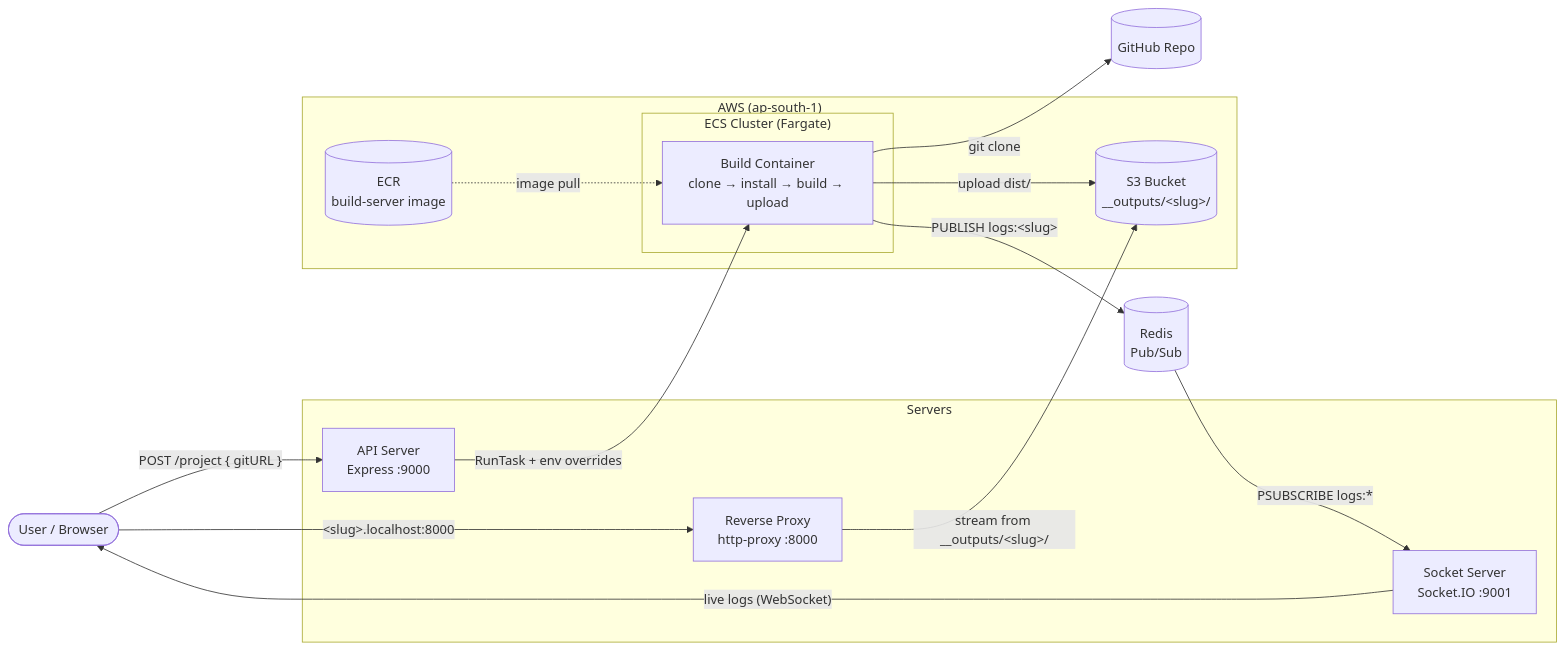
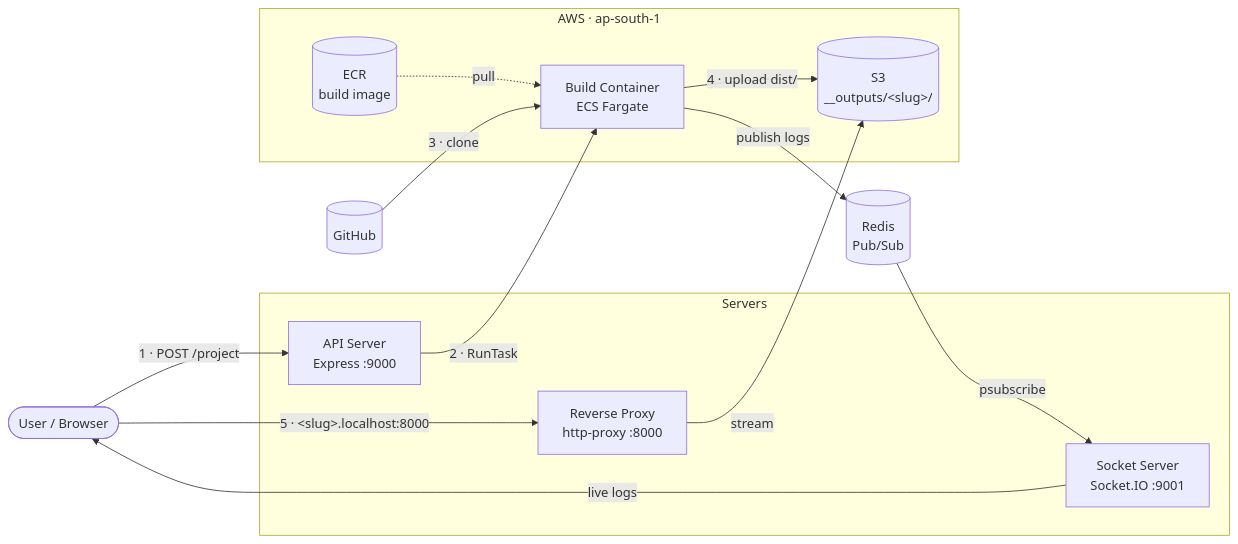
The first of 2 diagrams in README.md (hrshagarwal/PodShip), drawn with Mermaid before and after one commit. The commit also changed other lines of this file, not shown here.

Commit message:
Simplify README architecture diagram layout

````diff
--- a/README.md
+++ b/README.md
@@ -7,32 +7,30 @@
 ```mermaid
 flowchart LR
-    User([User / Browser])
+    User(["User / Browser"])
 
-    subgraph Local["Servers"]
+    subgraph Servers["Servers"]
         API["API Server<br/>Express :9000"]
         Socket["Socket Server<br/>Socket.IO :9001"]
         Proxy["Reverse Proxy<br/>http-proxy :8000"]
     end
 
-    subgraph AWS["AWS (ap-south-1)"]
-        ECR[("ECR<br/>build-server image")]
-        subgraph ECS["ECS Cluster (Fargate)"]
-            Builder["Build Container<br/>clone → install → build → upload"]
-        end
-        S3[("S3 Bucket<br/>__outputs/#lt;slug#gt;/")]
+    subgraph AWS["AWS · ap-south-1"]
+        ECR[("ECR<br/>build image")]
+        Builder["Build Container<br/>ECS Fargate"]
+        S3[("S3<br/>__outputs/#lt;slug#gt;/")]
     end
 
-    GitHub[(GitHub Repo)]
+    GitHub[("GitHub")]
     Redis[("Redis<br/>Pub/Sub")]
 
-    User -- "POST /project { gitURL }" --> API
-    API -- "RunTask + env overrides" --> Builder
-    ECR -. "image pull" .-> Builder
-    Builder -- "git clone" --> GitHub
-    Builder -- "upload dist/" --> S3
-    Builder -- "PUBLISH logs:#lt;slug#gt;" --> Redis
-    Redis -- "PSUBSCRIBE logs:*" --> Socket
-    Socket -- "live logs (WebSocket)" --> User
-    User -- "#lt;slug#gt;.localhost:8000" --> Proxy
-    Proxy -- "stream from __outputs/#lt;slug#gt;/" --> S3
+    User -->|"1 · POST /project"| API
+    API -->|"2 · RunTask"| Builder
+    ECR -.->|"pull"| Builder
+    GitHub -->|"3 · clone"| Builder
+    Builder -->|"4 · upload dist/"| S3
+    Builder -->|"publish logs"| Redis
+    Redis -->|"psubscribe"| Socket
+    Socket -->|"live logs"| User
+    User -->|"5 · #lt;slug#gt;.localhost:8000"| Proxy
+    Proxy -->|"stream"| S3
 ```
````
